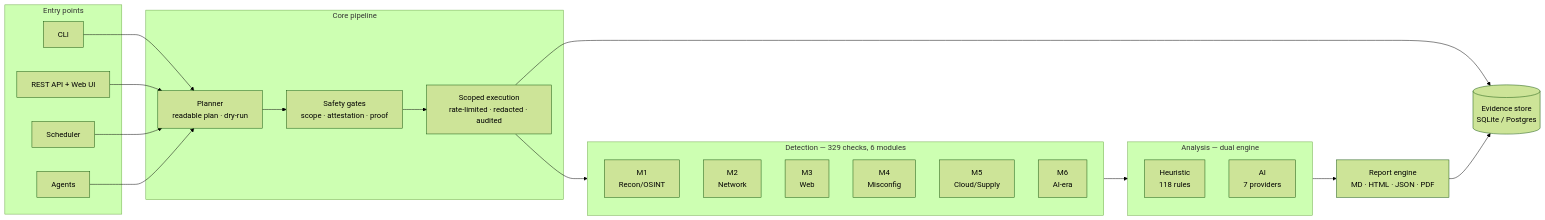
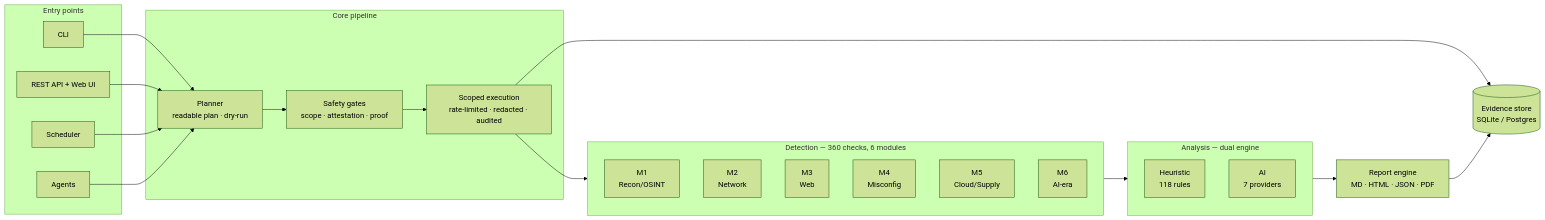
Before and after one commit to 0xFE1C/ARACHNE: the first of 2 diagrams in README.md, drawn with Mermaid (forest theme). The commit also changed other lines of this file and 27 other files, not shown here.

````diff
--- a/README.md
+++ b/README.md
@@ -60,40 +60,40 @@
 ```mermaid
 flowchart LR
     subgraph entry["Entry points"]
         CLI["CLI"]
         API["REST API + Web UI"]
         SCH["Scheduler"]
         AGT["Agents"]
     end
     subgraph pipeline["Core pipeline"]
         PLAN["Planner<br/>readable plan · dry-run"]
         GATES["Safety gates<br/>scope · attestation · proof"]
         RUN["Scoped execution<br/>rate-limited · redacted · audited"]
     end
-    subgraph modules["Detection — 329 checks, 6 modules"]
+    subgraph modules["Detection — 360 checks, 6 modules"]
         M1["M1<br/>Recon/OSINT"]
         M2["M2<br/>Network"]
         M3["M3<br/>Web"]
         M4["M4<br/>Misconfig"]
         M5["M5<br/>Cloud/Supply"]
         M6["M6<br/>AI-era"]
     end
     subgraph engines["Analysis — dual engine"]
         HEUR["Heuristic<br/>118 rules"]
         AIE["AI<br/>7 providers"]
     end
     REP["Report engine<br/>MD · HTML · JSON · PDF"]
     DB[("Evidence store<br/>SQLite / Postgres")]
 
     CLI --> PLAN
     API --> PLAN
     SCH --> PLAN
     AGT --> PLAN
     PLAN --> GATES
     GATES --> RUN
     RUN --> modules
     modules --> engines
     engines --> REP
     RUN --> DB
     REP --> DB
 ```
````
